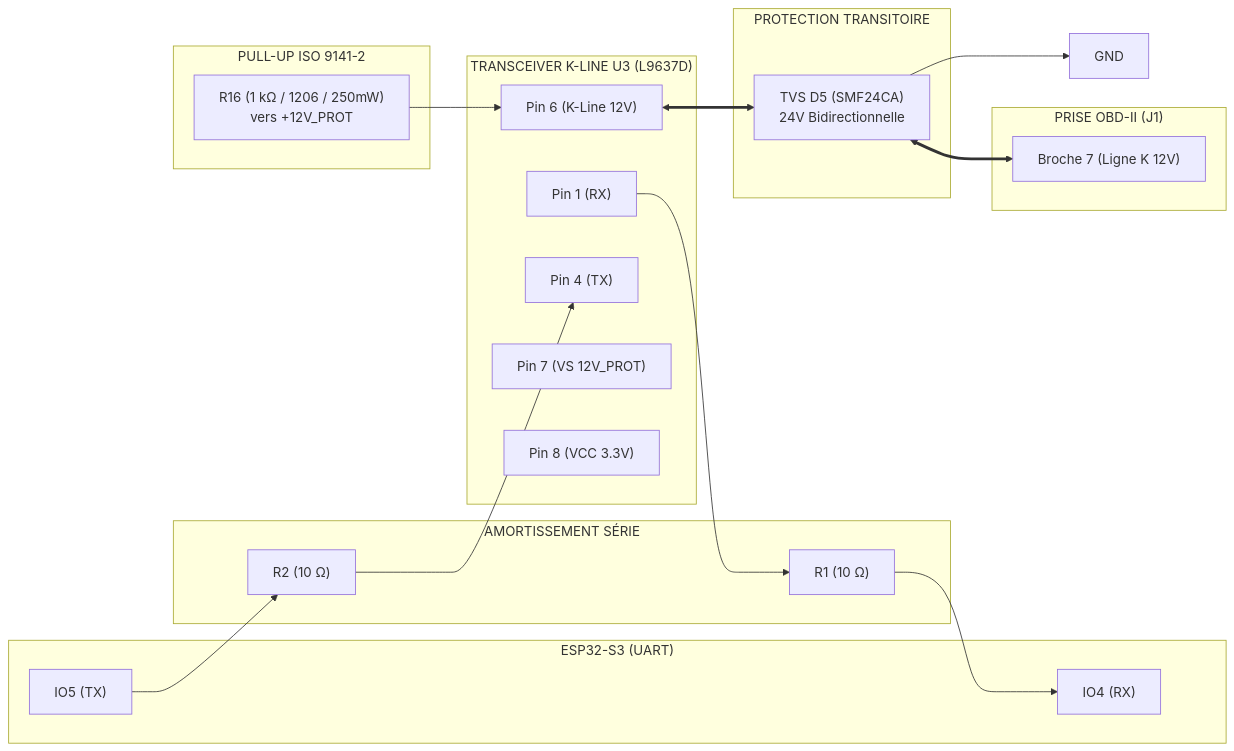
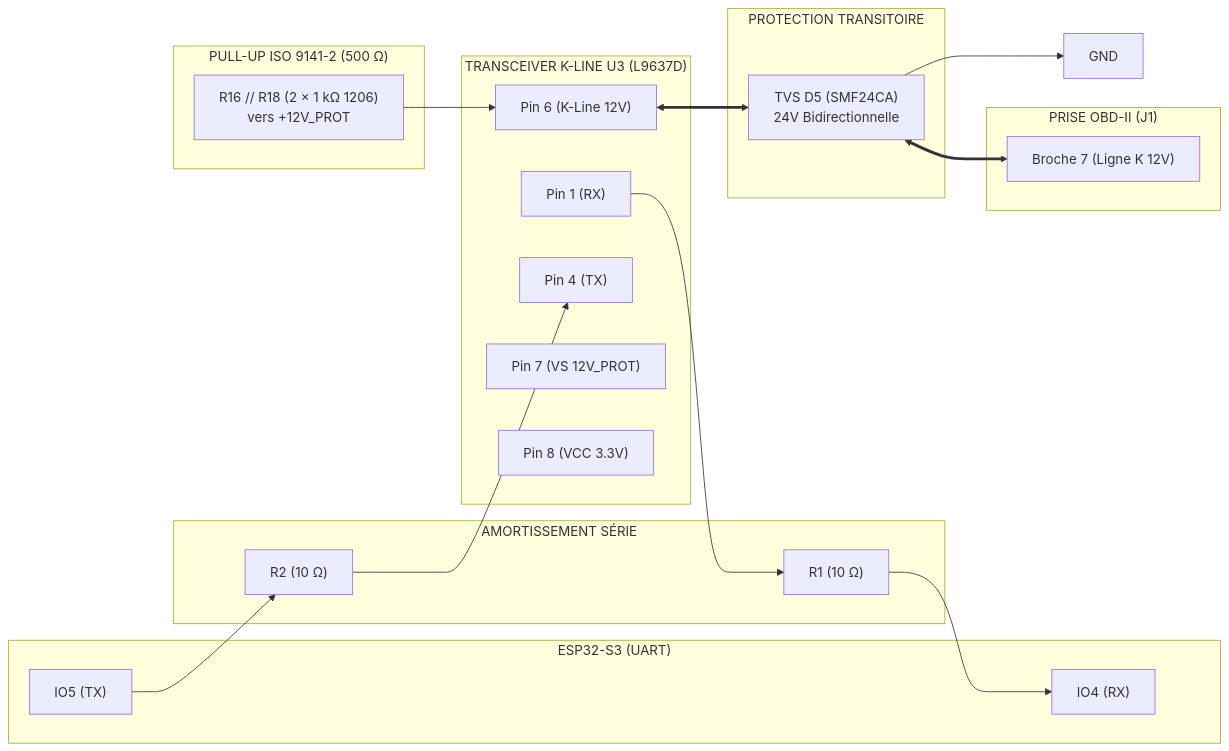
One commit to nitrogene/OBD2 changed the seventh of 9 diagrams in HARDWARE.md. Above: the diagram before and after it, drawn with Mermaid. The commit also changed other lines of this file and 11 other files, not shown here.

First line of the commit message:
feat(schematic): securisation K-Line, alimentation Buck, strapping IO0 et VBUS

````diff
--- a/HARDWARE.md
+++ b/HARDWARE.md
@@ -346,50 +348,50 @@
 ```mermaid
 %%{init: {
   'themeVariables': {
     'fontFamily': 'Consolas, "Courier New", monospace',
     'fontSize': '12px'
   },
   'flowchart': {
     'curve': 'stepBefore',
     'nodeSpacing': 20,
     'rankSpacing': 30
   }
 }}%%
 flowchart LR
     subgraph MCU["ESP32-S3 (UART)"]
         MCU_TX["IO5 (TX)"]
         MCU_RX["IO4 (RX)"]
     end
 
     subgraph DAMPING["AMORTISSEMENT SÉRIE"]
         R2["R2 (10 Ω)"]
         R1["R1 (10 Ω)"]
     end
 
     subgraph K_IC["TRANSCEIVER K-LINE U3 (L9637D)"]
         K_TX["Pin 4 (TX)"]
         K_RX["Pin 1 (RX)"]
         K_PIN["Pin 6 (K-Line 12V)"]
         K_VS["Pin 7 (VS 12V_PROT)"]
         K_VCC["Pin 8 (VCC 3.3V)"]
     end
 
-    subgraph PULLUP["PULL-UP ISO 9141-2"]
-        R16["R16 (1 kΩ / 1206 / 250mW)\nvers +12V_PROT"]
+    subgraph PULLUP["PULL-UP ISO 9141-2 (500 Ω)"]
+        R16_R18["R16 // R18 (2 × 1 kΩ 1206)\nvers +12V_PROT"]
     end
 
     subgraph PROT_K["PROTECTION TRANSITOIRE"]
         D5["TVS D5 (SMF24CA)\n24V Bidirectionnelle"]
     end
 
     subgraph OBD_CONN["PRISE OBD-II (J1)"]
         PIN7["Broche 7 (Ligne K 12V)"]
     end
 
     MCU_TX --> R2 --> K_TX
     K_RX --> R1 --> MCU_RX
-    R16 --> K_PIN
+    R16_R18 --> K_PIN
     K_PIN <==> D5
     D5 --> GND_K["GND"]
     D5 <==> PIN7
 ```
````
